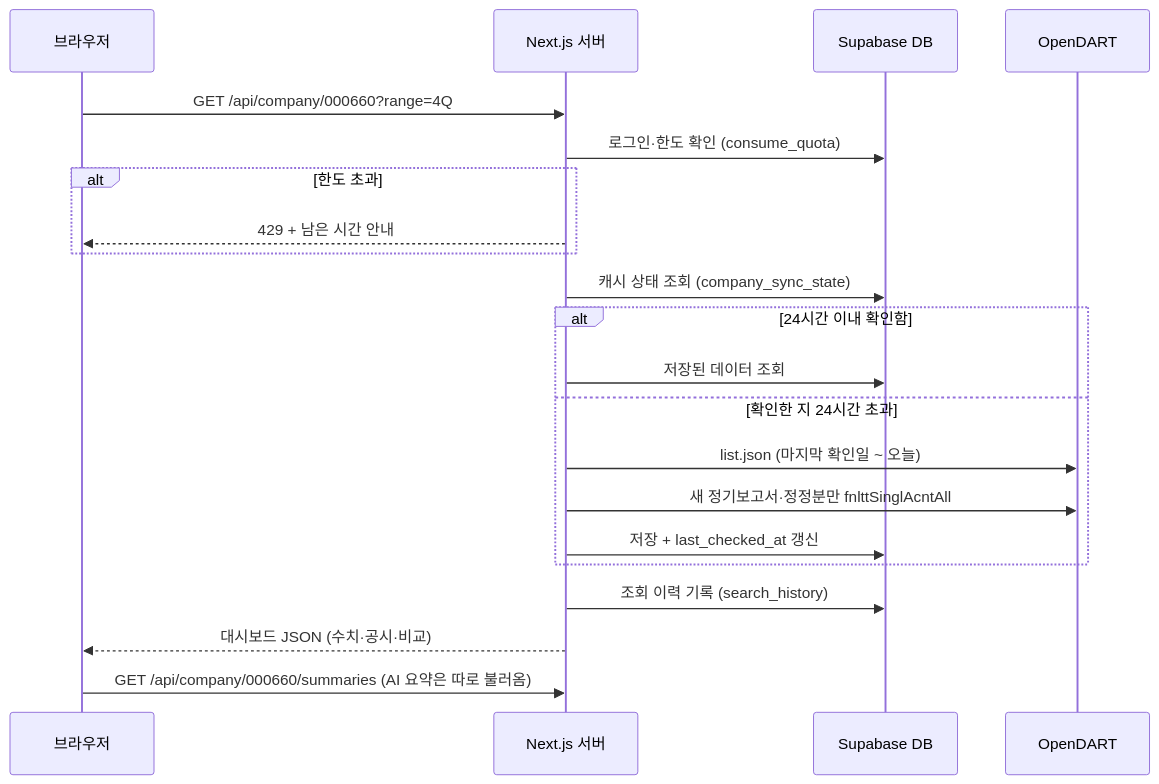
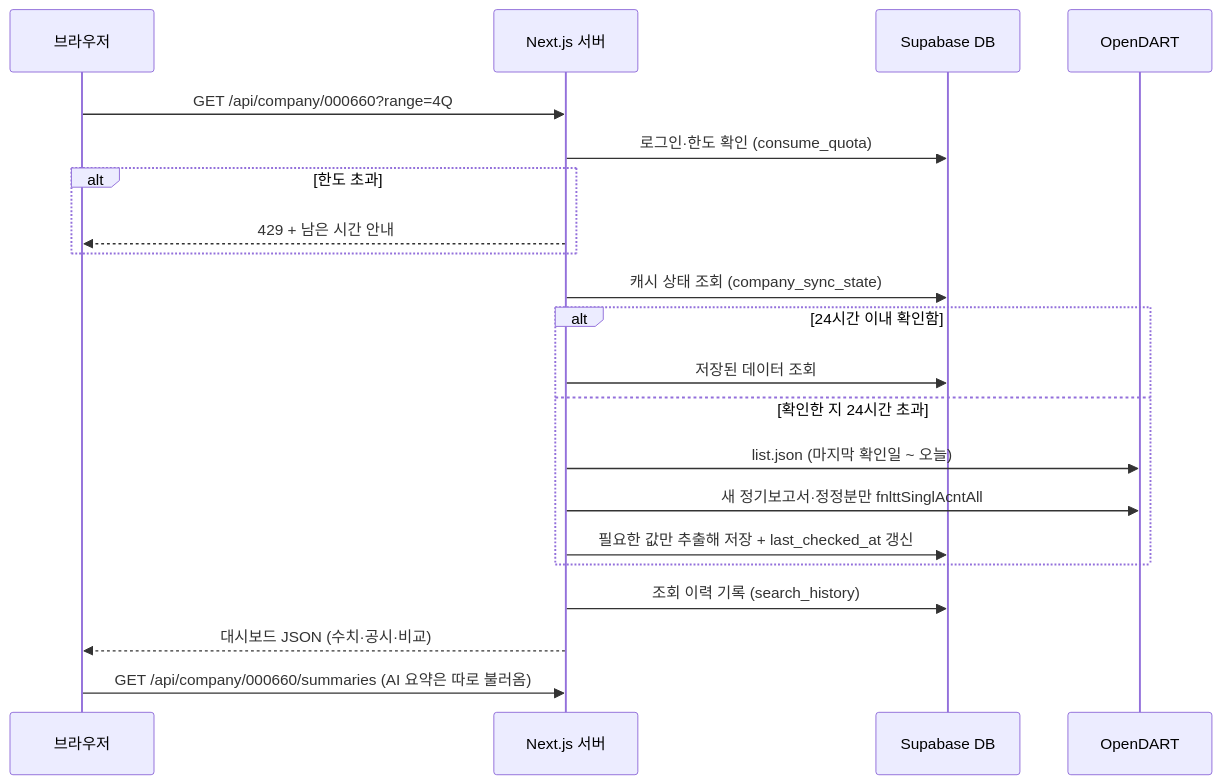
The second of 2 diagrams in DevelopDoc/TECH_SPEC.md (Benji5526/project_sleepyheads), drawn with Mermaid before and after one commit. The commit also changed other lines of this file and 1 other file, not shown here.

````diff
--- a/DevelopDoc/TECH_SPEC.md
+++ b/DevelopDoc/TECH_SPEC.md
@@ -88,23 +115,23 @@
 ```mermaid
 sequenceDiagram
     participant B as 브라우저
     participant S as Next.js 서버
     participant DB as Supabase DB
     participant DART as OpenDART
     B->>S: GET /api/company/000660?range=4Q
     S->>DB: 로그인·한도 확인 (consume_quota)
     alt 한도 초과
         S-->>B: 429 + 남은 시간 안내
     end
     S->>DB: 캐시 상태 조회 (company_sync_state)
     alt 24시간 이내 확인함
         S->>DB: 저장된 데이터 조회
     else 확인한 지 24시간 초과
         S->>DART: list.json (마지막 확인일 ~ 오늘)
         S->>DART: 새 정기보고서·정정분만 fnlttSinglAcntAll
-        S->>DB: 저장 + last_checked_at 갱신
+        S->>DB: 필요한 값만 추출해 저장 + last_checked_at 갱신
     end
     S->>DB: 조회 이력 기록 (search_history)
     S-->>B: 대시보드 JSON (수치·공시·비교)
     B->>S: GET /api/company/000660/summaries (AI 요약은 따로 불러옴)
 ```
````
